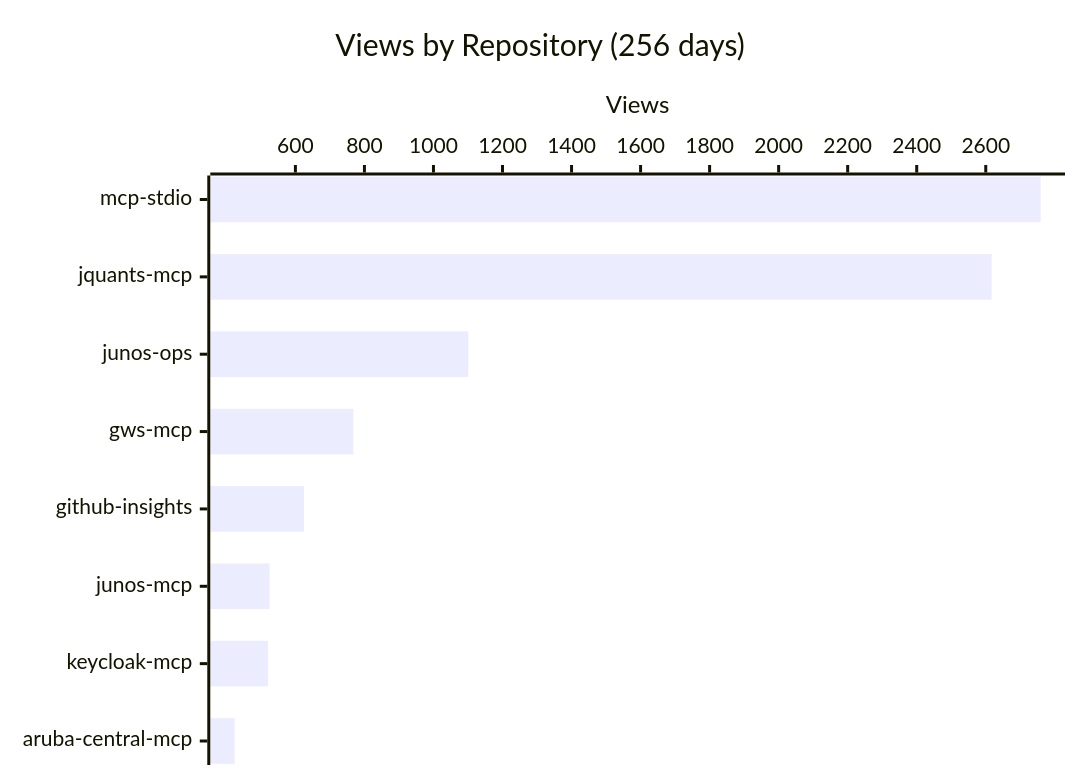
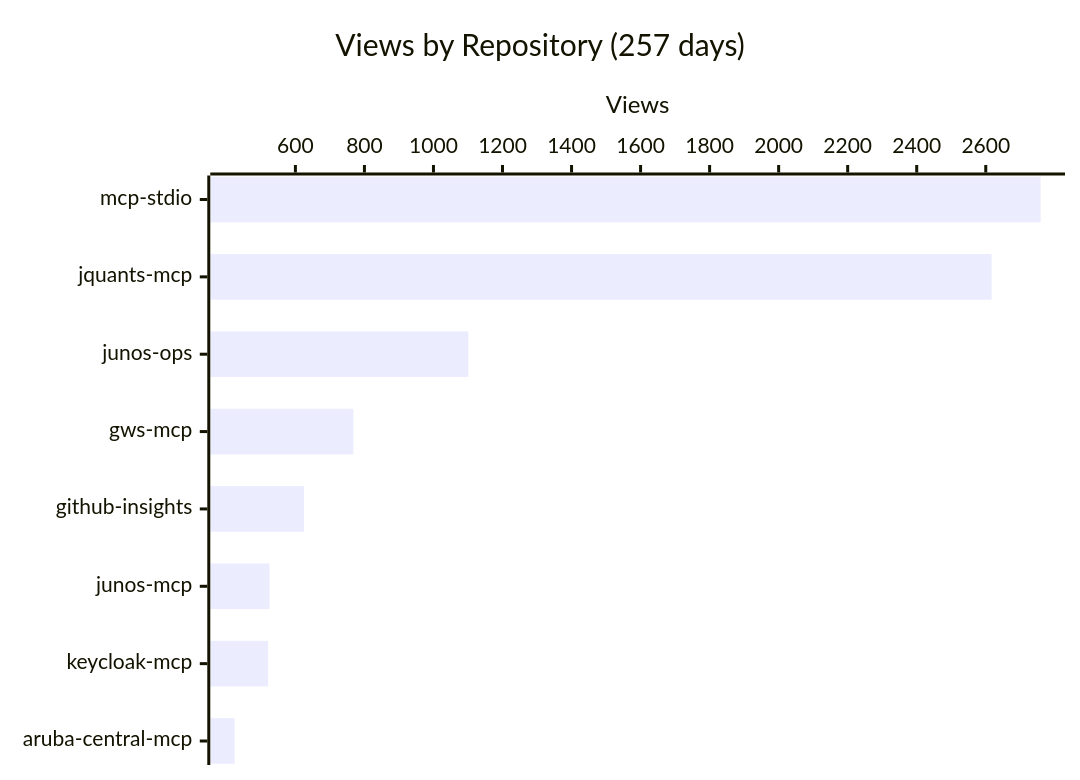
The first of 4 diagrams in README.md (shigechika/github-insights), drawn with Mermaid before and after one commit. The commit also changed other lines of this file and 1 other file, not shown here.

````diff
--- a/README.md
+++ b/README.md
@@ -18,7 +18,7 @@
 ```mermaid
 xychart-beta horizontal
-    title "Views by Repository (256 days)"
+    title "Views by Repository (257 days)"
     x-axis ["mcp-stdio", "jquants-mcp", "junos-ops", "gws-mcp", "github-insights", "junos-mcp", "keycloak-mcp", "aruba-central-mcp"]
     y-axis "Views"
     bar [2759, 2617, 1101, 768, 625, 525, 521, 424]
 ```
````
